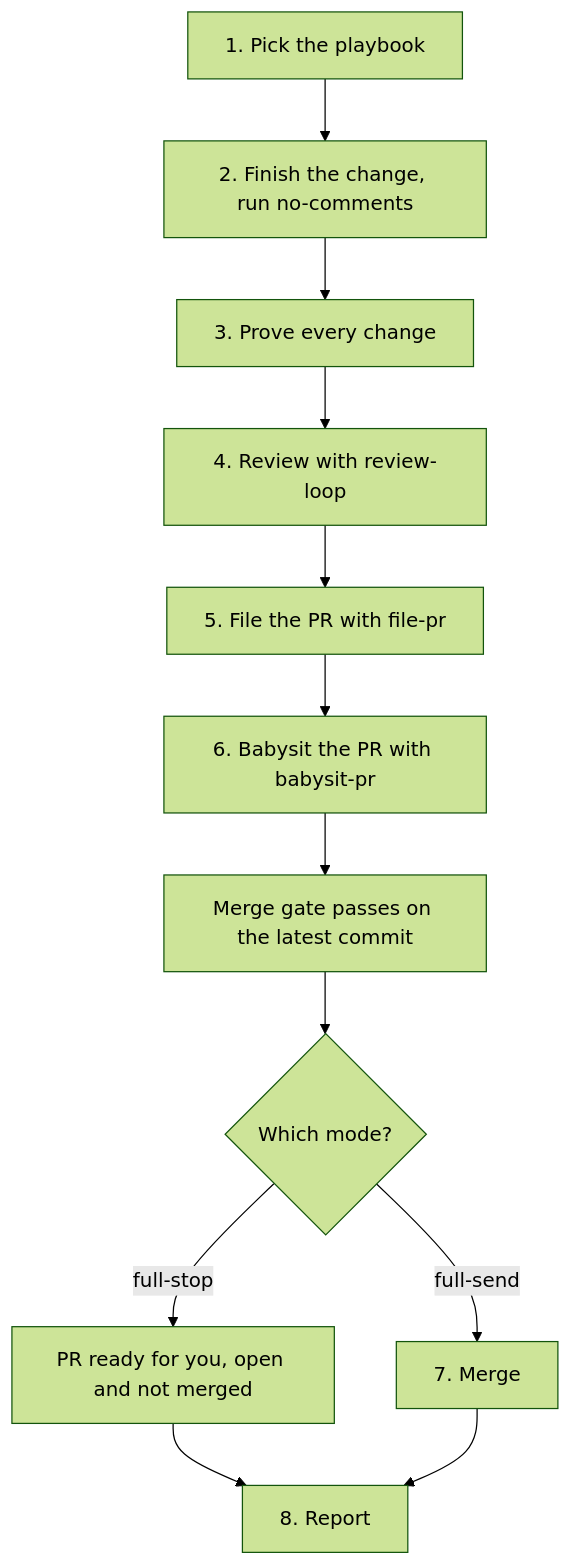
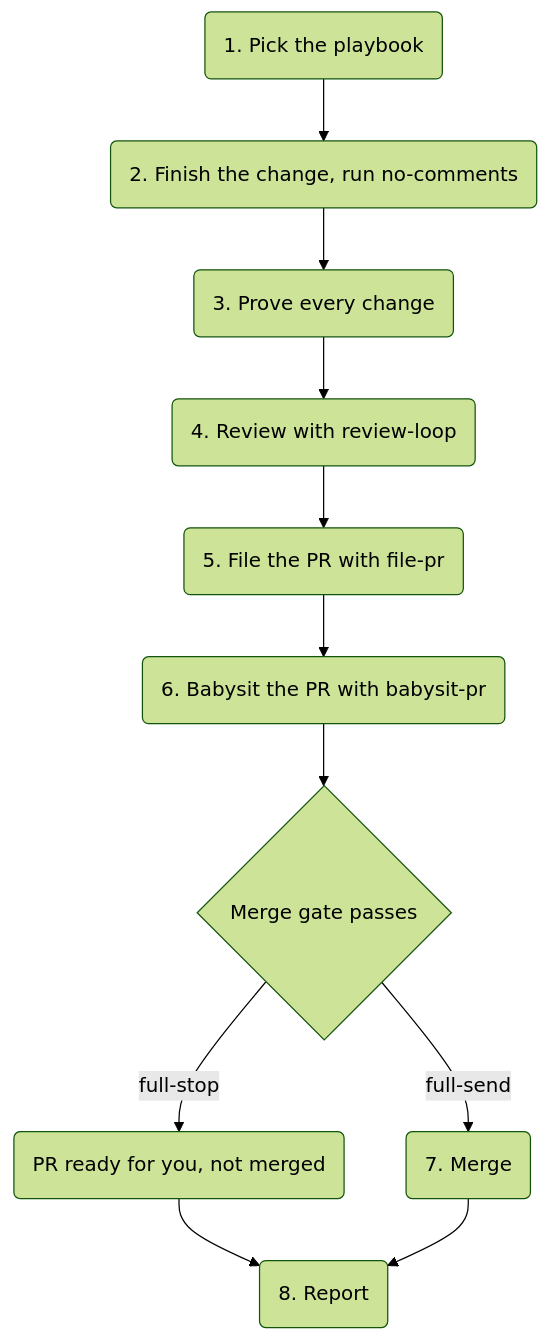
The second of 2 diagrams in wiki/Modes.md (JoshuaHayesWasHere/jstack), drawn with Mermaid (forest theme) before and after one commit. The commit also changed other lines of this file and 7 other files, not shown here.

Commit message:
Wiki diagrams explain only the skills, never cross a line, and fit GitHub's viewer in light and dark mode

````diff
--- a/wiki/Modes.md
+++ b/wiki/Modes.md
@@ -56,14 +53,14 @@
 ```mermaid
+%%{init: {"flowchart": {"wrappingWidth": 400}}}%%
 flowchart TD
-    s1["1. Pick the playbook"] --> s2["2. Finish the change, run no-comments"]
-    s2 --> s3["3. Prove every change"]
-    s3 --> s4["4. Review with review-loop"]
-    s4 --> s5["5. File the PR with file-pr"]
-    s5 --> s6["6. Babysit the PR with babysit-pr"]
-    s6 --> gate["Merge gate passes on the latest commit"]
-    gate --> mode{"Which mode?"}
-    mode -->|full-stop| ready["PR ready for you, open and not merged"]
-    mode -->|full-send| s7["7. Merge"]
-    ready --> s8["8. Report"]
-    s7 --> s8
+    s1("1. Pick the playbook") --> s2("2. Finish the change, run no-comments")
+    s2 --> s3("3. Prove every change")
+    s3 --> s4("4. Review with review-loop")
+    s4 --> s5("5. File the PR with file-pr")
+    s5 --> s6("6. Babysit the PR with babysit-pr")
+    s6 --> gate{"Merge gate passes"}
+    gate -->|full-stop| ready("PR ready for you, not merged")
+    gate -->|full-send| merge("7. Merge")
+    ready --> s8("8. Report")
+    merge --> s8
 ```
````
